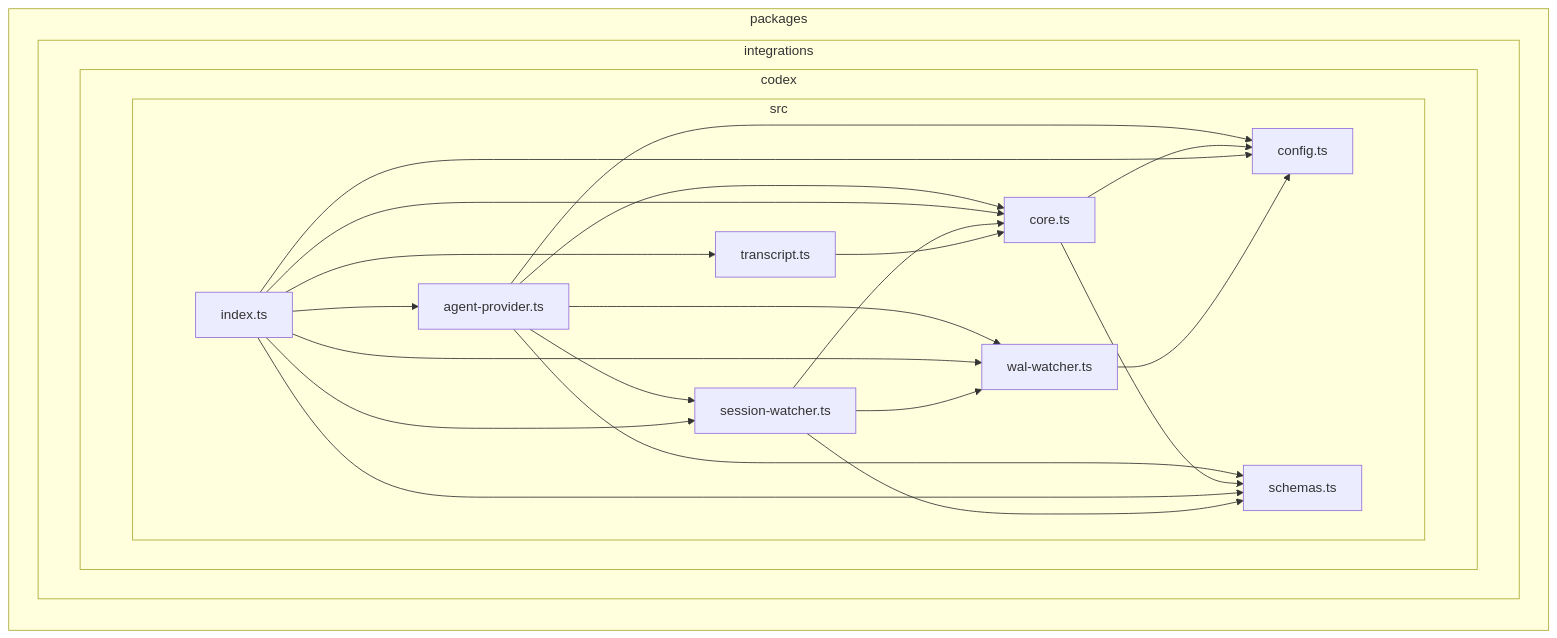
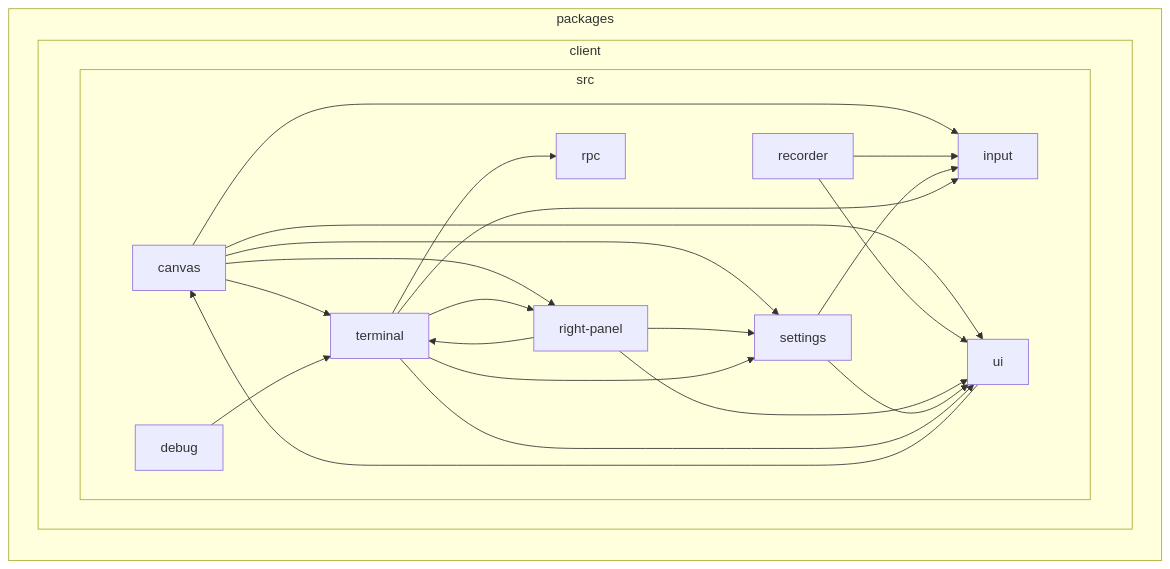
Before and after one commit to juspay/kolu: the second of 2 diagrams in docs/dependency-graph.md, drawn with Mermaid. The commit also changed other lines of this file and 1 other file, not shown here.

First line of the commit message:
chore(depcruise): switch per-package detail to subfolder-only architecture view

````diff
--- a/docs/dependency-graph.md
+++ b/docs/dependency-graph.md
@@ -328,39 +90,38 @@
 ```mermaid
 flowchart LR
 
 subgraph packages["packages"]
-  subgraph packages_integrations["integrations"]
-    subgraph packages_integrations_codex["codex"]
-      subgraph packages_integrations_codex_src["src"]
-        packages_integrations_codex_src_agent_provider_ts["agent-provider.ts"]
-        packages_integrations_codex_src_config_ts["config.ts"]
-        packages_integrations_codex_src_core_ts["core.ts"]
-        packages_integrations_codex_src_index_ts["index.ts"]
-        packages_integrations_codex_src_schemas_ts["schemas.ts"]
-        packages_integrations_codex_src_session_watcher_ts["session-watcher.ts"]
-        packages_integrations_codex_src_transcript_ts["transcript.ts"]
-        packages_integrations_codex_src_wal_watcher_ts["wal-watcher.ts"]
-      end
+  subgraph packages_client["client"]
+    subgraph packages_client_src["src"]
+      packages_client_src_canvas["canvas"]
+      packages_client_src_debug["debug"]
+      packages_client_src_input["input"]
+      packages_client_src_recorder["recorder"]
+      packages_client_src_right_panel["right-panel"]
+      packages_client_src_rpc["rpc"]
+      packages_client_src_settings["settings"]
+      packages_client_src_terminal["terminal"]
+      packages_client_src_ui["ui"]
     end
   end
 end
-packages_integrations_codex_src_agent_provider_ts-->packages_integrations_codex_src_config_ts
-packages_integrations_codex_src_agent_provider_ts-->packages_integrations_codex_src_core_ts
-packages_integrations_codex_src_agent_provider_ts-->packages_integrations_codex_src_schemas_ts
-packages_integrations_codex_src_agent_provider_ts-->packages_integrations_codex_src_session_watcher_ts
-packages_integrations_codex_src_agent_provider_ts-->packages_integrations_codex_src_wal_watcher_ts
-packages_integrations_codex_src_core_ts-->packages_integrations_codex_src_config_ts
-packages_integrations_codex_src_core_ts-->packages_integrations_codex_src_schemas_ts
-packages_integrations_codex_src_index_ts-->packages_integrations_codex_src_agent_provider_ts
-packages_integrations_codex_src_index_ts-->packages_integrations_codex_src_config_ts
-packages_integrations_codex_src_index_ts-->packages_integrations_codex_src_core_ts
-packages_integrations_codex_src_index_ts-->packages_integrations_codex_src_schemas_ts
-packages_integrations_codex_src_index_ts-->packages_integrations_codex_src_session_watcher_ts
-packages_integrations_codex_src_index_ts-->packages_integrations_codex_src_transcript_ts
-packages_integrations_codex_src_index_ts-->packages_integrations_codex_src_wal_watcher_ts
-packages_integrations_codex_src_session_watcher_ts-->packages_integrations_codex_src_core_ts
-packages_integrations_codex_src_session_watcher_ts-->packages_integrations_codex_src_schemas_ts
-packages_integrations_codex_src_session_watcher_ts-->packages_integrations_codex_src_wal_watcher_ts
-packages_integrations_codex_src_transcript_ts-->packages_integrations_codex_src_core_ts
-packages_integrations_codex_src_wal_watcher_ts-->packages_integrations_codex_src_config_ts
+packages_client_src_canvas-->packages_client_src_input
+packages_client_src_canvas-->packages_client_src_terminal
+packages_client_src_canvas-->packages_client_src_ui
+packages_client_src_canvas-->packages_client_src_right_panel
+packages_client_src_canvas-->packages_client_src_settings
+packages_client_src_debug-->packages_client_src_terminal
+packages_client_src_recorder-->packages_client_src_input
+packages_client_src_recorder-->packages_client_src_ui
+packages_client_src_right_panel-->packages_client_src_ui
+packages_client_src_right_panel-->packages_client_src_settings
+packages_client_src_right_panel-->packages_client_src_terminal
+packages_client_src_settings-->packages_client_src_input
+packages_client_src_settings-->packages_client_src_ui
+packages_client_src_terminal-->packages_client_src_ui
+packages_client_src_terminal-->packages_client_src_settings
+packages_client_src_terminal-->packages_client_src_input
+packages_client_src_terminal-->packages_client_src_right_panel
+packages_client_src_terminal-->packages_client_src_rpc
+packages_client_src_ui-->packages_client_src_canvas
 ```
````
